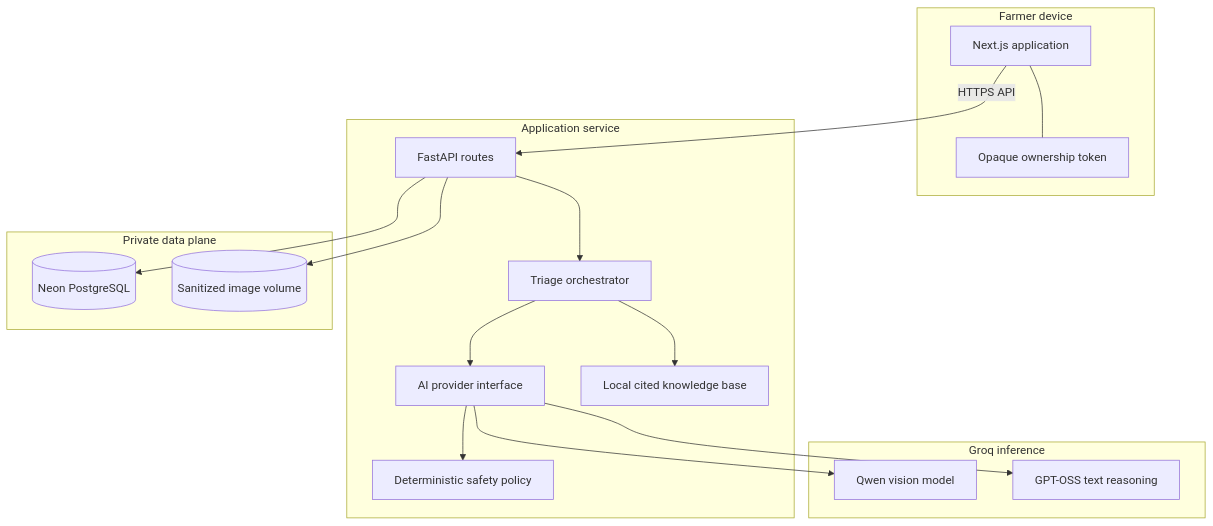
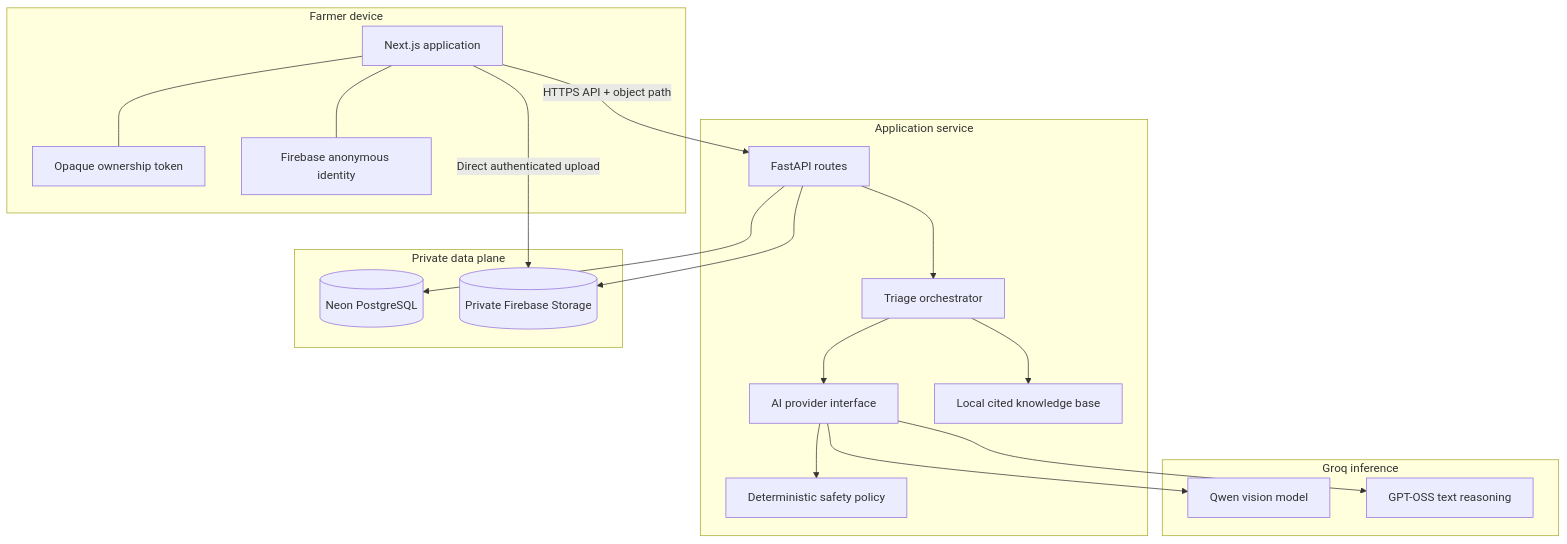
One commit to tbrowns/amd-hackathon changed the first of 2 diagrams in ARCHITECTURE.md. Above: the diagram before and after it, drawn with Mermaid. The commit also changed other lines of this file and 30 other files, not shown here.

Commit message:
Add firebase storage

````diff
--- a/ARCHITECTURE.md
+++ b/ARCHITECTURE.md
@@ -14,36 +14,39 @@
 ```mermaid
 flowchart TB
     subgraph Client["Farmer device"]
         Browser["Next.js application"]
         Token["Opaque ownership token"]
+        FirebaseAuth["Firebase anonymous identity"]
         Browser --- Token
+        Browser --- FirebaseAuth
     end
 
     subgraph Service["Application service"]
         API["FastAPI routes"]
         Pipeline["Triage orchestrator"]
         Provider["AI provider interface"]
         Safety["Deterministic safety policy"]
         Retrieval["Local cited knowledge base"]
         API --> Pipeline
         Pipeline --> Provider
         Pipeline --> Retrieval
         Provider --> Safety
     end
 
     subgraph Data["Private data plane"]
         Neon[("Neon PostgreSQL")]
-        Uploads[("Sanitized image volume")]
+        Uploads[("Private Firebase Storage")]
     end
 
     subgraph Inference["Groq inference"]
         Qwen["Qwen vision model"]
         GPT["GPT-OSS text reasoning"]
     end
 
-    Browser -->|"HTTPS API"| API
+    Browser -->|"Direct authenticated upload"| Uploads
+    Browser -->|"HTTPS API + object path"| API
     API --> Neon
     API --> Uploads
     Provider --> Qwen
     Provider --> GPT
 ```
````
